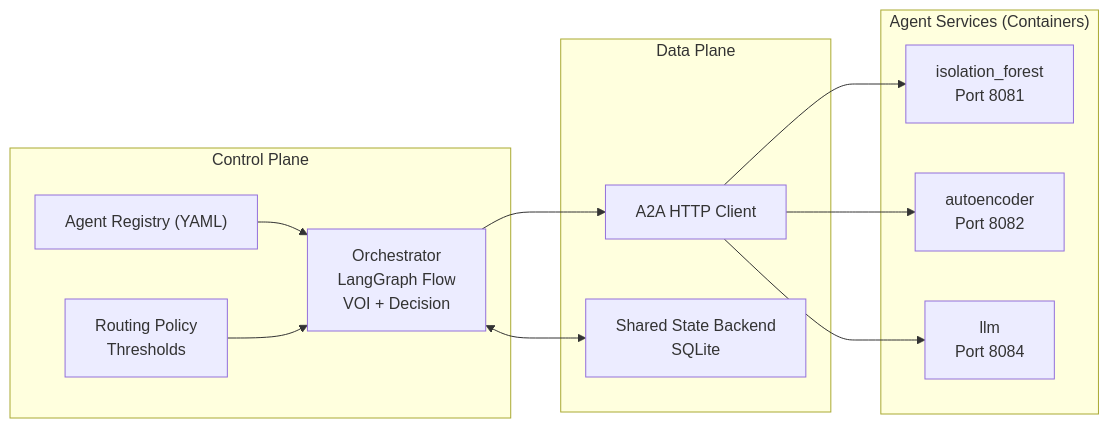
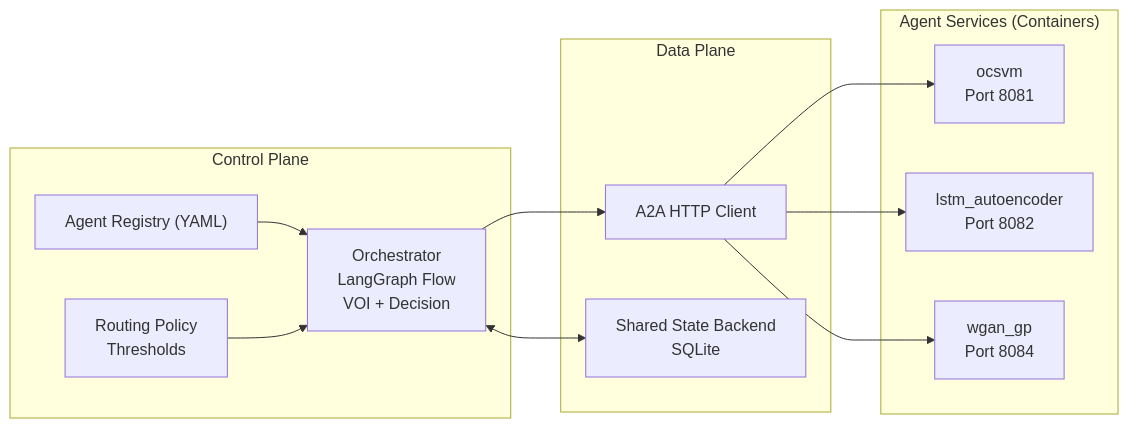
The diagram in README.md (jasonwvh/bao), drawn with Mermaid before and after one commit. The commit also changed other lines of this file and 46 other files, not shown here.

````diff
--- a/README.md
+++ b/README.md
@@ -14,27 +14,27 @@
 ```mermaid
 flowchart LR
   subgraph ControlPlane["Control Plane"]
     REG["Agent Registry (YAML)"]
     ORCH["Orchestrator\nLangGraph Flow\nVOI + Decision"]
     POL["Routing Policy\nThresholds"]
   end
 
   subgraph DataPlane["Data Plane"]
     A2A["A2A HTTP Client"]
     STATE["Shared State Backend\nSQLite"]
   end
 
   subgraph Agents["Agent Services (Containers)"]
-    IF["isolation_forest\nPort 8081"]
-    AE["autoencoder\nPort 8082"]
-    LLM["llm\nPort 8084"]
+    IF["ocsvm\nPort 8081"]
+    AE["lstm_autoencoder\nPort 8082"]
+    LLM["wgan_gp\nPort 8084"]
   end
 
   REG --> ORCH
   POL --> ORCH
   ORCH --> A2A
   A2A --> IF
   A2A --> AE
   A2A --> LLM
   ORCH <--> STATE
 ```
````
